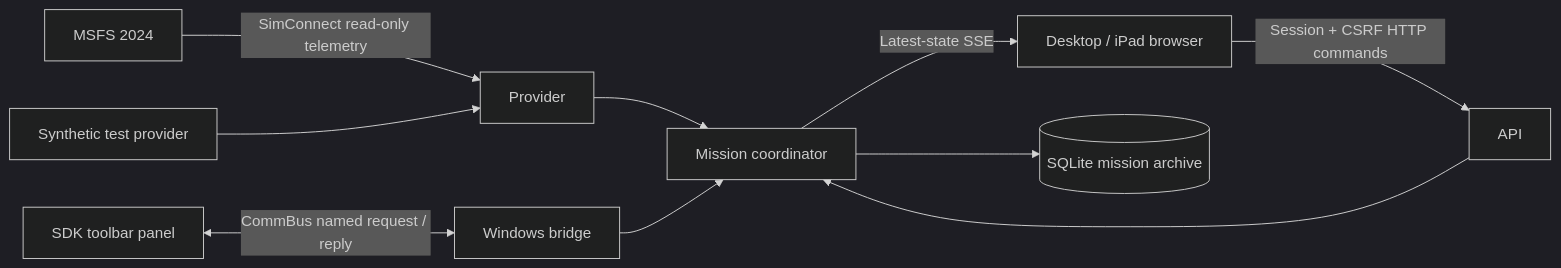
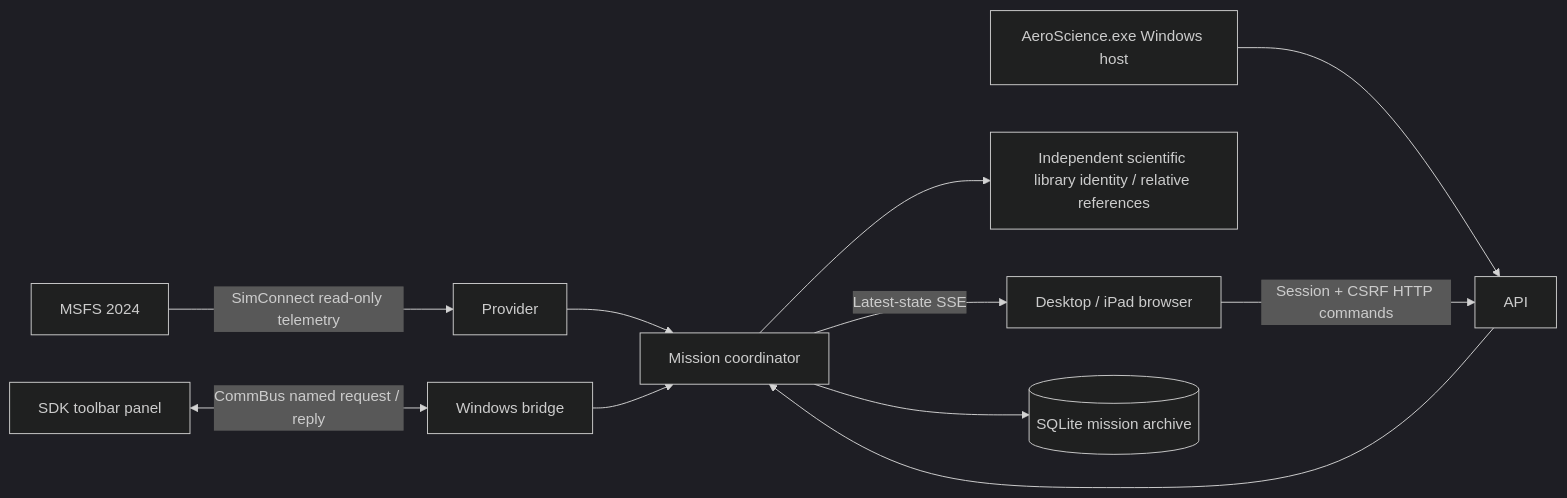
Before and after one commit to JustSeanC/AeroScience: the diagram in docs/architecture.md, drawn with Mermaid (dark theme). The commit also changed other lines of this file and 64 other files, not shown here.

````diff
--- a/docs/architecture.md
+++ b/docs/architecture.md
@@ -5,12 +5,13 @@
 ```mermaid
 flowchart LR
   MSFS[MSFS 2024] -->|SimConnect read-only telemetry| Provider
-  Synthetic[Synthetic test provider] --> Provider
+  Desktop[AeroScience.exe Windows host] --> API
+  Coordinator --> Library[Independent scientific library identity / relative references]
   Provider --> Coordinator[Mission coordinator]
   Browser[Desktop / iPad browser] -->|Session + CSRF HTTP commands| API
   API --> Coordinator
   Coordinator -->|Latest-state SSE| Browser
   Toolbar[SDK toolbar panel] <-->|CommBus named request / reply| Bridge[Windows bridge]
   Bridge --> Coordinator
   Coordinator --> SQLite[(SQLite mission archive)]
 ```
````
